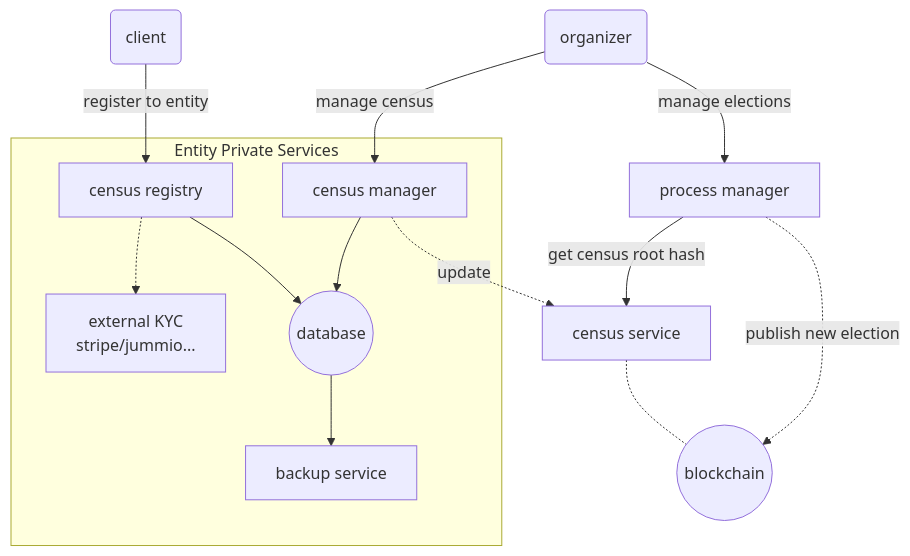
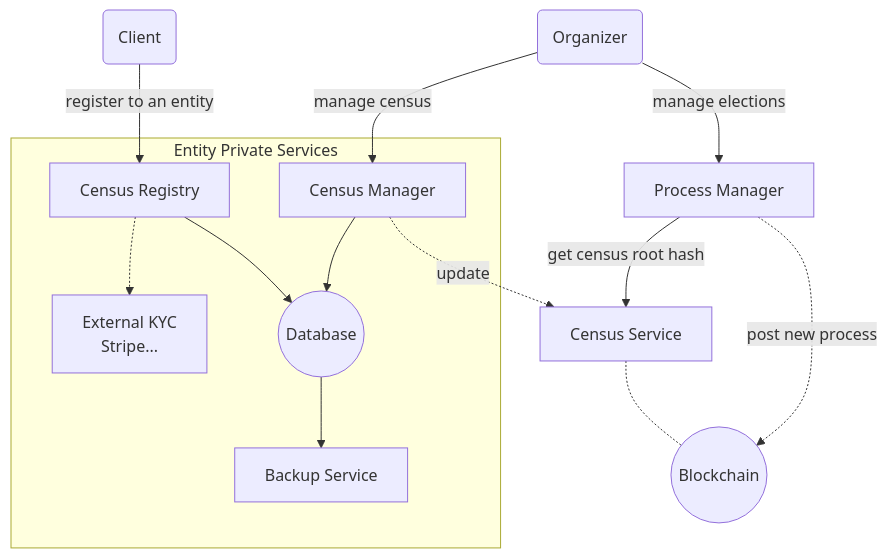
Before and after one commit to vocdoni/docs: the diagram in docs/protocol/architecture.md, drawn with Mermaid. The commit also changed other lines of this file, not shown here.

Commit message:
Architecture minor changes

````diff
--- a/docs/protocol/architecture.md
+++ b/docs/protocol/architecture.md
@@ -62,18 +62,19 @@
 ```mermaid
 graph TD;
 
-OR(organizer)-- manage census -->CM
-OR-->|manage elections|PR[process manager]
+OR(Organizer)-- manage census -->CM
+OR-->|manage elections|PR[Process Manager]
 
 subgraph Entity Private Services
-CR-.->S["external KYC<br/>stripe/jummio..."]
-CR[census registry]-->DB
-CM[census manager]-->DB((database))
-DB-->BCK[backup service]
+	CR-.->S["External KYC<br/>Stripe..."]
+	CR[Census Registry]-->DB
+	CM[Census Manager]-->DB((Database))
+	DB-->BCK[Backup Service]
 end
-CL(client)-- register to entity -->CR
-CM-.->|update|CS[census service]
-CS-.-BL((blockchain))
+
+CL(Client)-- register to an entity -->CR
+CM-.->|update|CS[Census Service]
+CS-.-BL((Blockchain))
 PR-->|get census root hash|CS
-PR-.->|publish new election|BL
+PR-.->|post new process|BL
 ```
````
